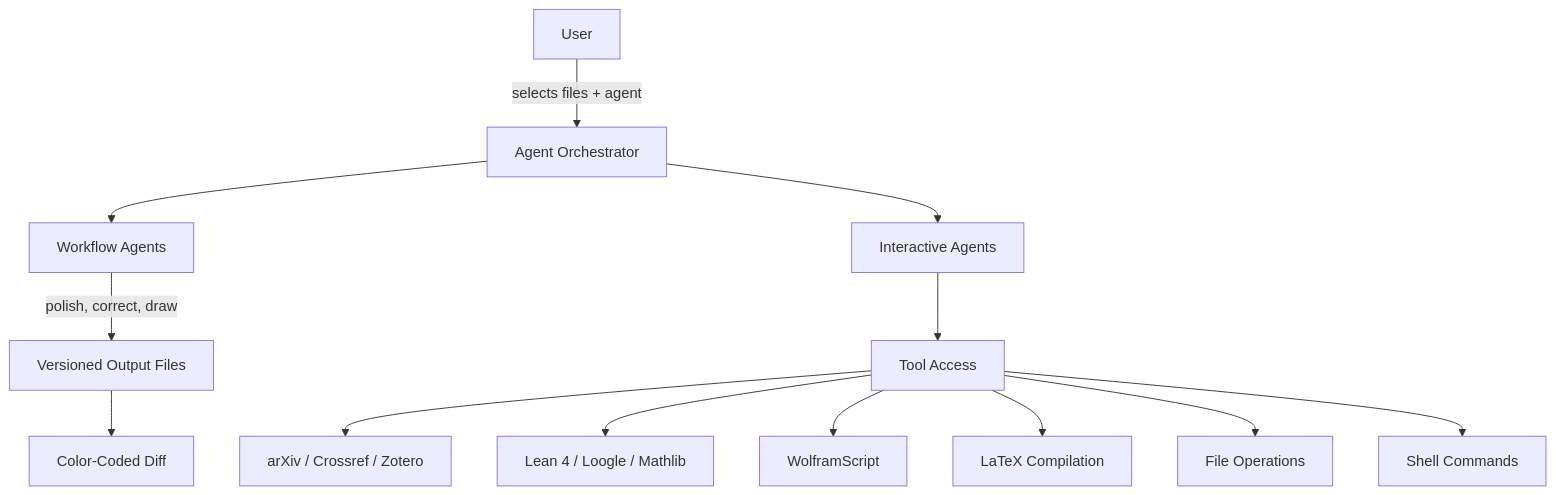
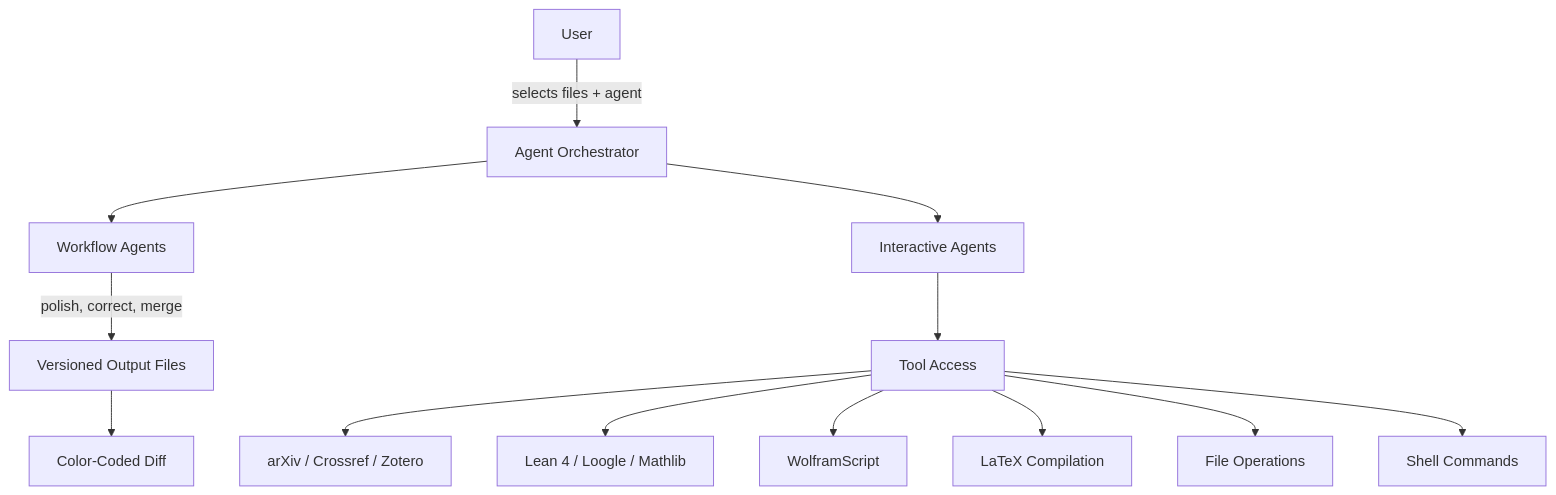
Before and after one commit to LionSR/TeXRA: the diagram in docs/guide/index.md, drawn with Mermaid. The commit also changed other lines of this file and 22 other files, not shown here.

````diff
--- a/docs/guide/index.md
+++ b/docs/guide/index.md
@@ -24,17 +26,17 @@
 ```mermaid
 graph TB
     User[User] --> |selects files + agent| Orchestrator[Agent Orchestrator]
     Orchestrator --> WA[Workflow Agents]
     Orchestrator --> IA[Interactive Agents]
 
-    WA --> |polish, correct, draw| Output[Versioned Output Files]
+    WA --> |polish, correct, merge| Output[Versioned Output Files]
     Output --> Diff[Color-Coded Diff]
 
     IA --> Tools[Tool Access]
     Tools --> Search[arXiv / Crossref / Zotero]
     Tools --> Lean[Lean 4 / Loogle / Mathlib]
     Tools --> Wolfram[WolframScript]
     Tools --> Compile[LaTeX Compilation]
     Tools --> FileOps[File Operations]
     Tools --> Shell[Shell Commands]
 ```
````
